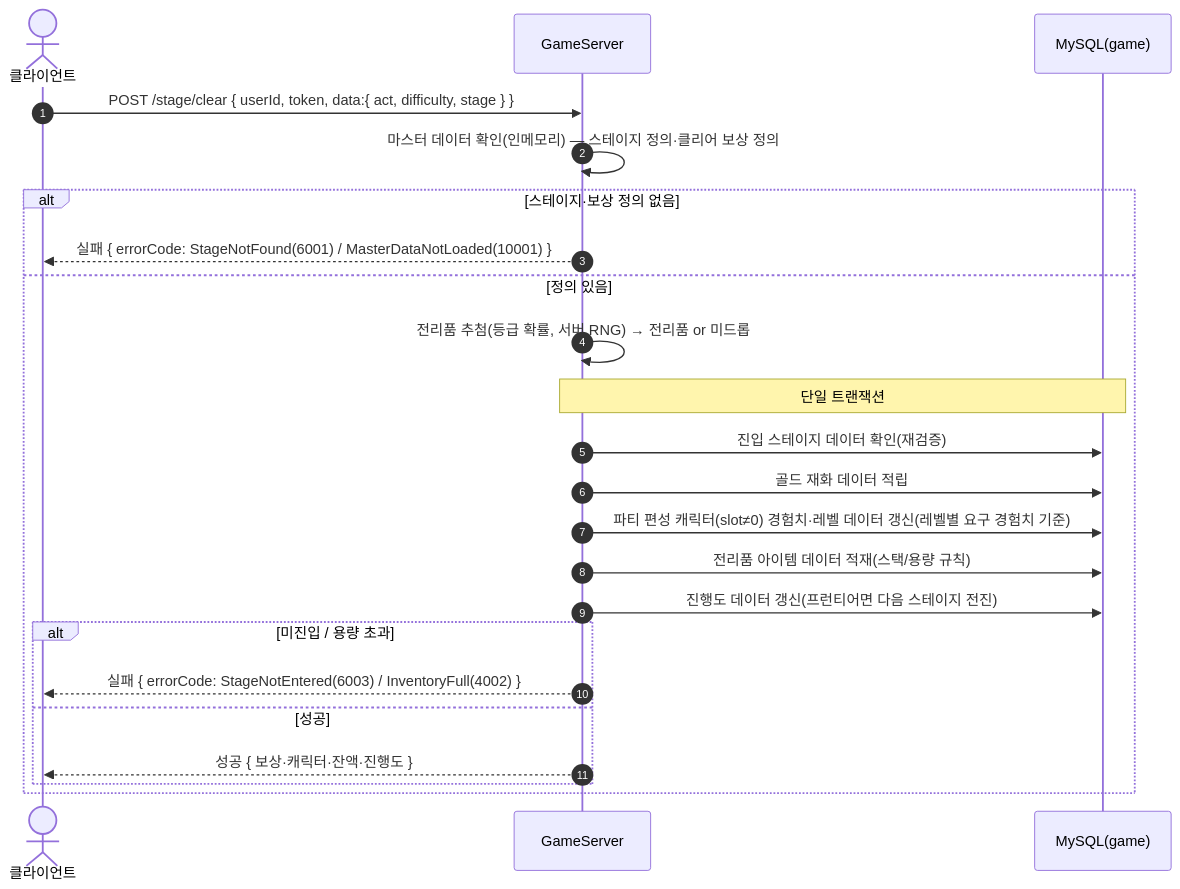
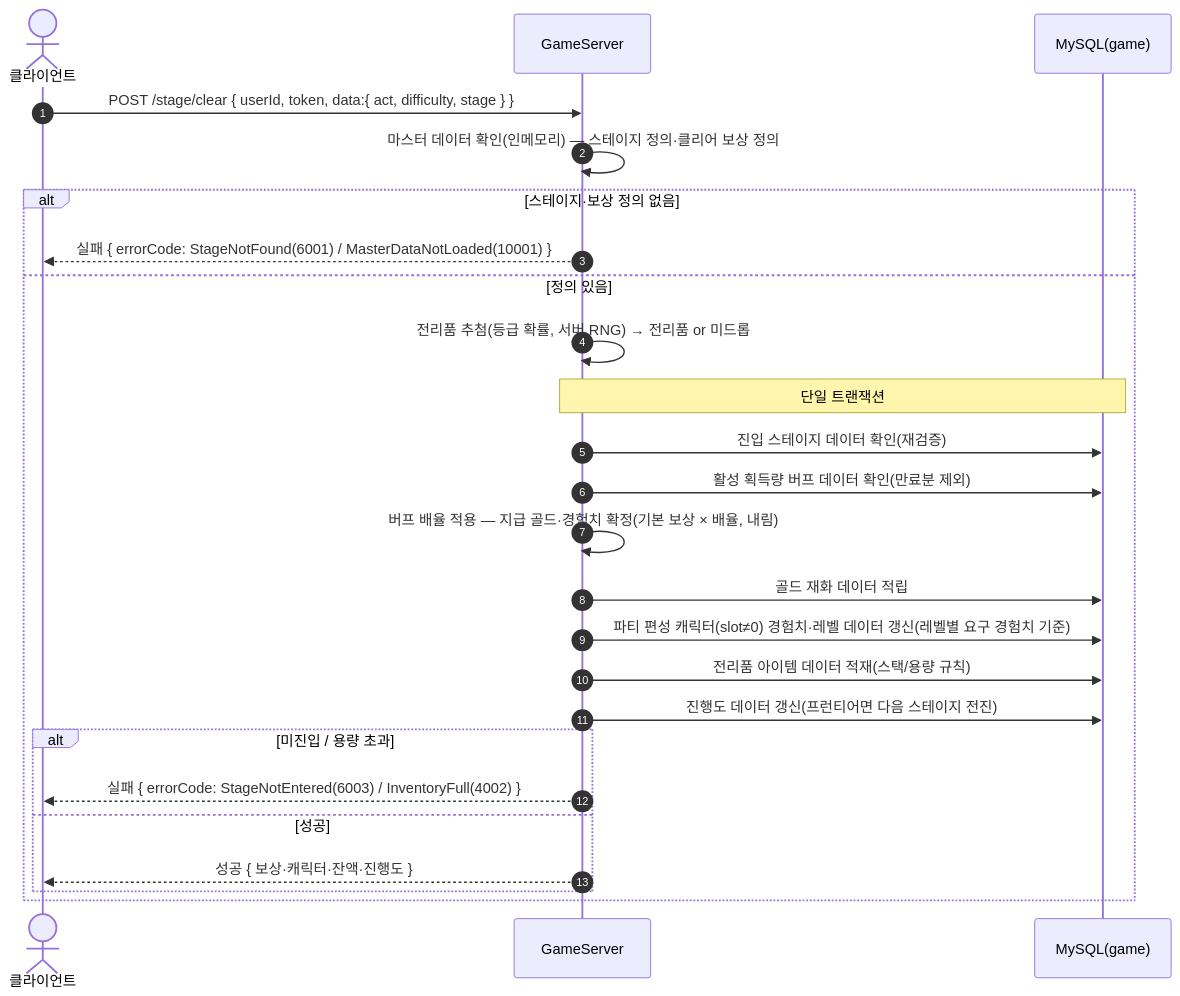
Before and after one commit to ks-wook/com2us-taskbar-hero: the tenth of 35 diagrams in SequenceDiagram/README.md, drawn with Mermaid. The commit also changed other lines of this file and 11 other files, not shown here.

````diff
--- a/SequenceDiagram/README.md
+++ b/SequenceDiagram/README.md
@@ -318,26 +320,28 @@
 ```mermaid
 sequenceDiagram
     autonumber
     actor C as 클라이언트
     participant S as GameServer
     participant DB as MySQL(game)
 
     C->>S: POST /stage/clear { userId, token, data:{ act, difficulty, stage } }
     S->>S: 마스터 데이터 확인(인메모리) — 스테이지 정의·클리어 보상 정의
     alt 스테이지·보상 정의 없음
         S-->>C: 실패 { errorCode: StageNotFound(6001) / MasterDataNotLoaded(10001) }
     else 정의 있음
         S->>S: 전리품 추첨(등급 확률, 서버 RNG) → 전리품 or 미드롭
         Note over S,DB: 단일 트랜잭션
         S->>DB: 진입 스테이지 데이터 확인(재검증)
+        S->>DB: 활성 획득량 버프 데이터 확인(만료분 제외)
+        S->>S: 버프 배율 적용 — 지급 골드·경험치 확정(기본 보상 × 배율, 내림)
         S->>DB: 골드 재화 데이터 적립
         S->>DB: 파티 편성 캐릭터(slot≠0) 경험치·레벨 데이터 갱신(레벨별 요구 경험치 기준)
         S->>DB: 전리품 아이템 데이터 적재(스택/용량 규칙)
         S->>DB: 진행도 데이터 갱신(프런티어면 다음 스테이지 전진)
         alt 미진입 / 용량 초과
             S-->>C: 실패 { errorCode: StageNotEntered(6003) / InventoryFull(4002) }
         else 성공
             S-->>C: 성공 { 보상·캐릭터·잔액·진행도 }
         end
     end
 ```
````
